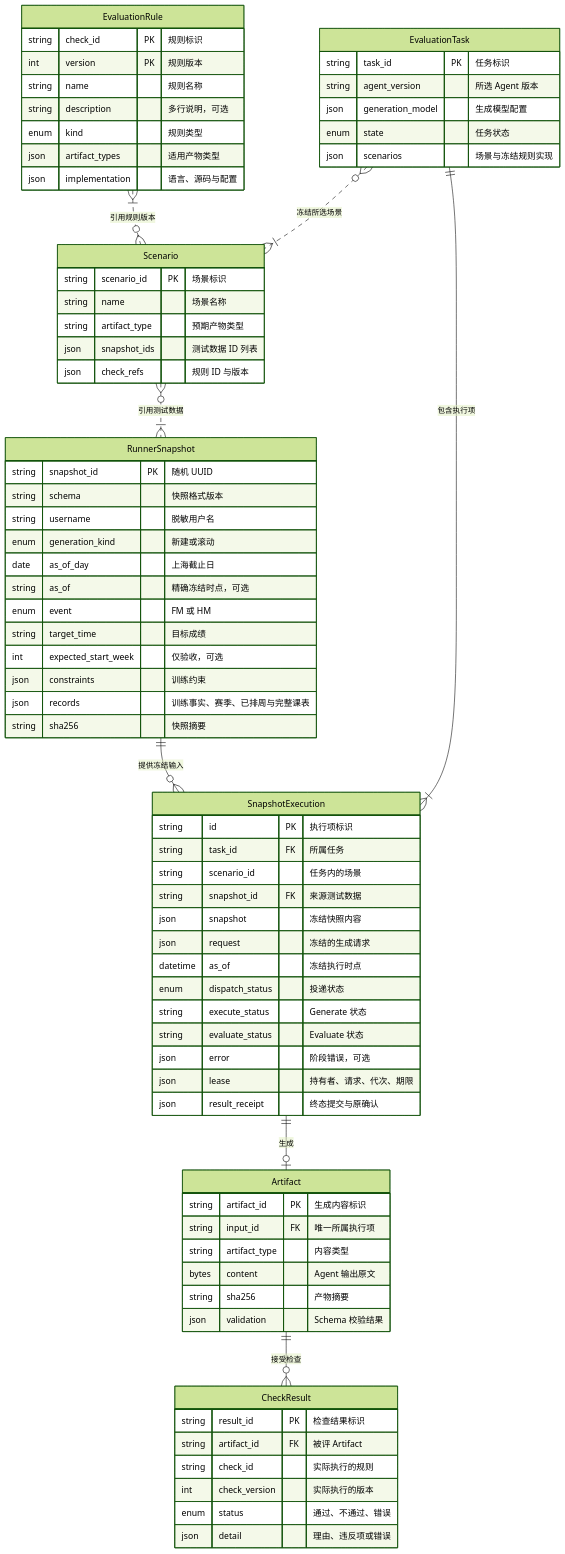
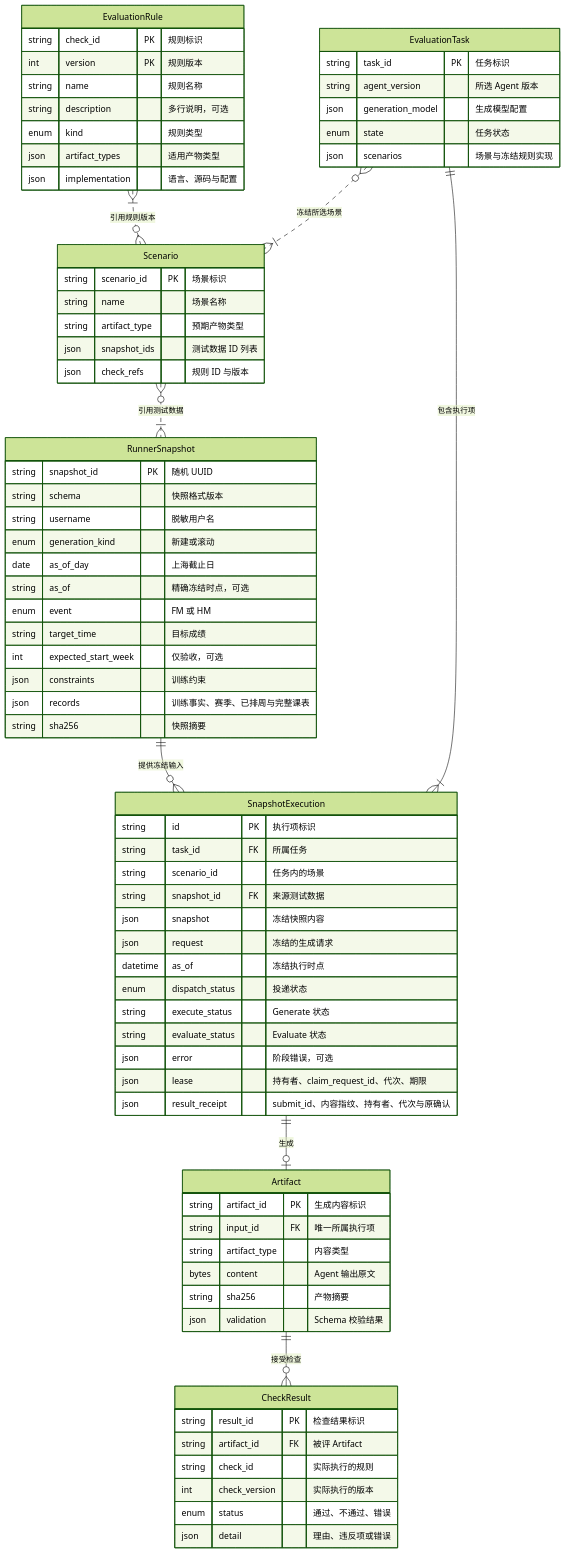
Before and after one commit to zhaochy1990/running: the third of 3 diagrams in docs/superpowers/specs/2026-11-23-offline-plan-eval.md, drawn with Mermaid (forest theme). The commit also changed other lines of this file and 19 other files, not shown here.

````diff
--- a/docs/superpowers/specs/2026-11-23-offline-plan-eval.md
+++ b/docs/superpowers/specs/2026-11-23-offline-plan-eval.md
@@ -248,78 +260,78 @@
 ```mermaid
 erDiagram
     EvaluationRule {
         string check_id PK "规则标识"
         int version PK "规则版本"
         string name "规则名称"
         string description "多行说明，可选"
         enum kind "规则类型"
         json artifact_types "适用产物类型"
         json implementation "语言、源码与配置"
     }
     Scenario {
         string scenario_id PK "场景标识"
         string name "场景名称"
         string artifact_type "预期产物类型"
         json snapshot_ids "测试数据 ID 列表"
         json check_refs "规则 ID 与版本"
     }
     RunnerSnapshot {
         string snapshot_id PK "随机 UUID"
         string schema "快照格式版本"
         string username "脱敏用户名"
         enum generation_kind "新建或滚动"
         date as_of_day "上海截止日"
         string as_of "精确冻结时点，可选"
         enum event "FM 或 HM"
         string target_time "目标成绩"
         int expected_start_week "仅验收，可选"
         json constraints "训练约束"
         json records "训练事实、赛季、已排周与完整课表"
         string sha256 "快照摘要"
     }
     EvaluationTask {
         string task_id PK "任务标识"
         string agent_version "所选 Agent 版本"
         json generation_model "生成模型配置"
         enum state "任务状态"
         json scenarios "场景与冻结规则实现"
     }
     SnapshotExecution {
         string id PK "执行项标识"
         string task_id FK "所属任务"
         string scenario_id "任务内的场景"
         string snapshot_id FK "来源测试数据"
         json snapshot "冻结快照内容"
         json request "冻结的生成请求"
         datetime as_of "冻结执行时点"
         enum dispatch_status "投递状态"
         string execute_status "Generate 状态"
         string evaluate_status "Evaluate 状态"
         json error "阶段错误，可选"
-        json lease "持有者、请求、代次、期限"
-        json result_receipt "终态提交与原确认"
+        json lease "持有者、claim_request_id、代次、期限"
+        json result_receipt "submit_id、内容指纹、持有者、代次与原确认"
     }
     Artifact {
         string artifact_id PK "生成内容标识"
         string input_id FK "唯一所属执行项"
         string artifact_type "内容类型"
         bytes content "Agent 输出原文"
         string sha256 "产物摘要"
         json validation "Schema 校验结果"
     }
     CheckResult {
         string result_id PK "检查结果标识"
         string artifact_id FK "被评 Artifact"
         string check_id "实际执行的规则"
         int check_version "实际执行的版本"
         enum status "通过、不通过、错误"
         json detail "理由、违反项或错误"
     }
     EvaluationRule }|..o{ Scenario : "引用规则版本"
     Scenario }o..|{ RunnerSnapshot : "引用测试数据"
     EvaluationTask }o..|{ Scenario : "冻结所选场景"
     EvaluationTask ||--|{ SnapshotExecution : "包含执行项"
     RunnerSnapshot ||--o{ SnapshotExecution : "提供冻结输入"
     SnapshotExecution ||--o| Artifact : "生成"
     Artifact ||--o{ CheckResult : "接受检查"
 ```
````
